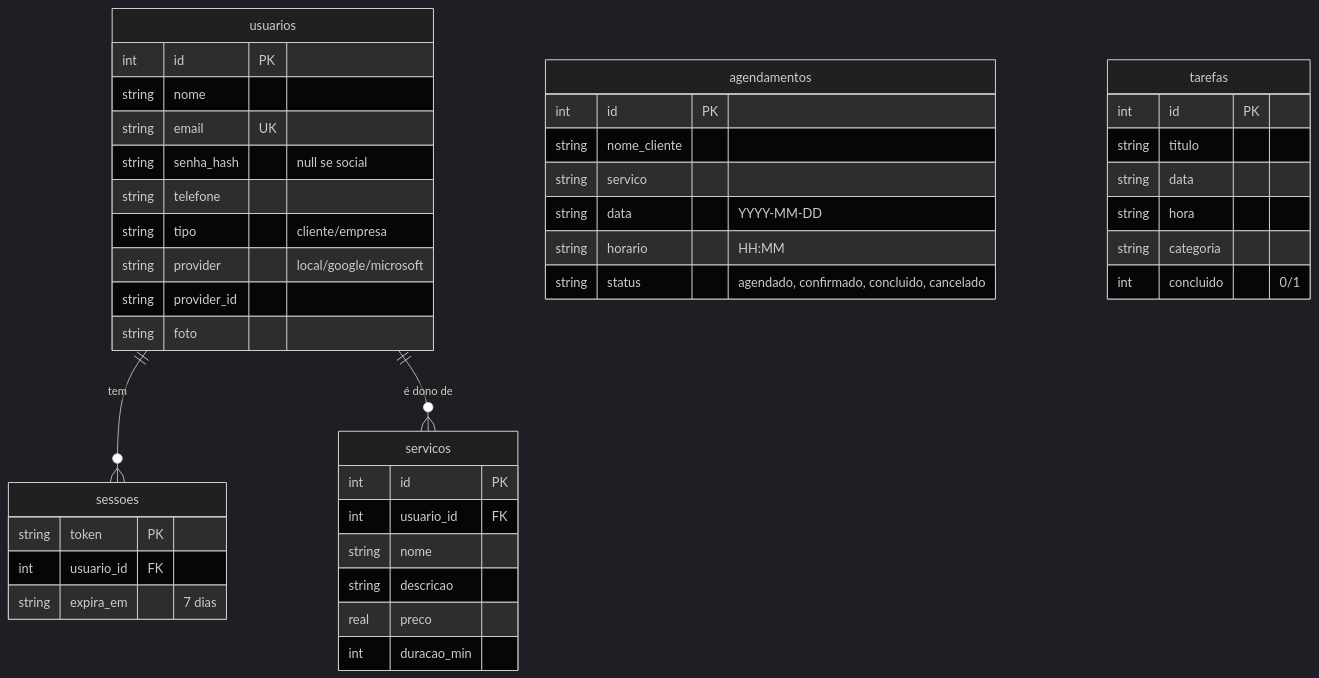
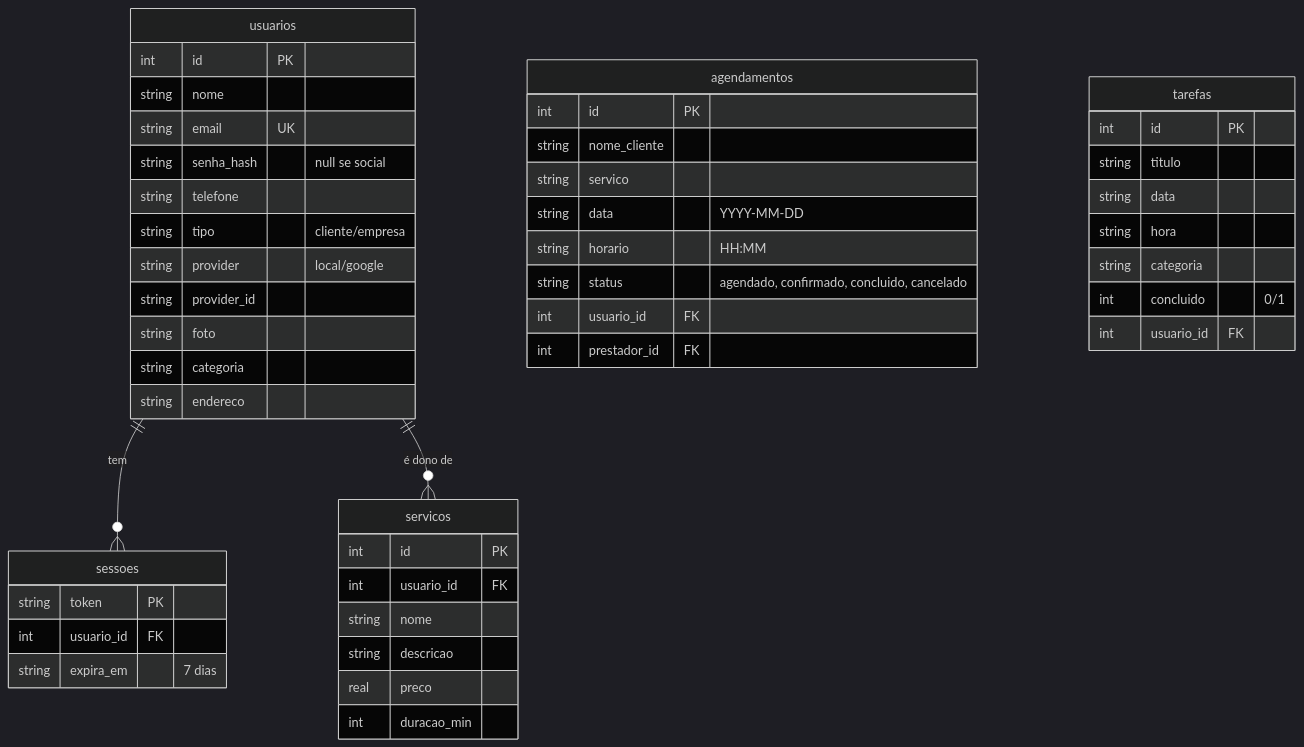
Before and after one commit to mateusACM/SAOPS: the second of 9 diagrams in DIAGRAMAS.md, drawn with Mermaid (dark theme). The commit also changed other lines of this file and 34 other files, not shown here.

Commit message:
Connect provider profiles and booking flow

````diff
--- a/DIAGRAMAS.md
+++ b/DIAGRAMAS.md
@@ -44,45 +42,50 @@
 ```mermaid
 erDiagram
     usuarios ||--o{ sessoes : "tem"
     usuarios ||--o{ servicos : "é dono de"
     usuarios {
         int id PK
         string nome
         string email UK
         string senha_hash "null se social"
         string telefone
         string tipo "cliente/empresa"
-        string provider "local/google/microsoft"
+        string provider "local/google"
         string provider_id
         string foto
+        string categoria
+        string endereco
     }
     sessoes {
         string token PK
         int usuario_id FK
         string expira_em "7 dias"
     }
     servicos {
         int id PK
         int usuario_id FK
         string nome
         string descricao
         real preco
         int duracao_min
     }
     agendamentos {
         int id PK
         string nome_cliente
         string servico
         string data "YYYY-MM-DD"
         string horario "HH:MM"
         string status "agendado, confirmado, concluido, cancelado"
+        int usuario_id FK
+        int prestador_id FK
     }
     tarefas {
         int id PK
         string titulo
         string data
         string hora
         string categoria
         int concluido "0/1"
+        int usuario_id FK
     }
 ```
````
